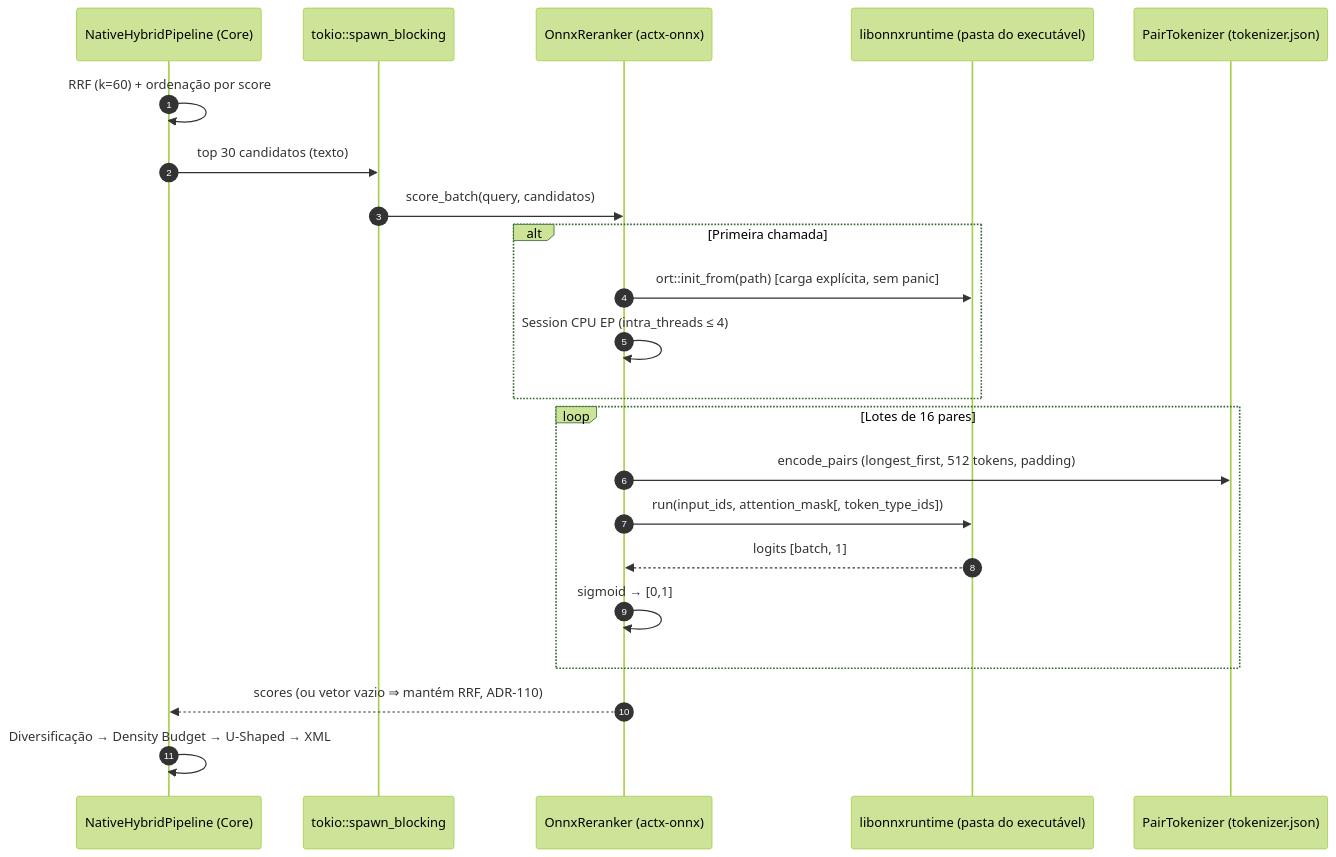
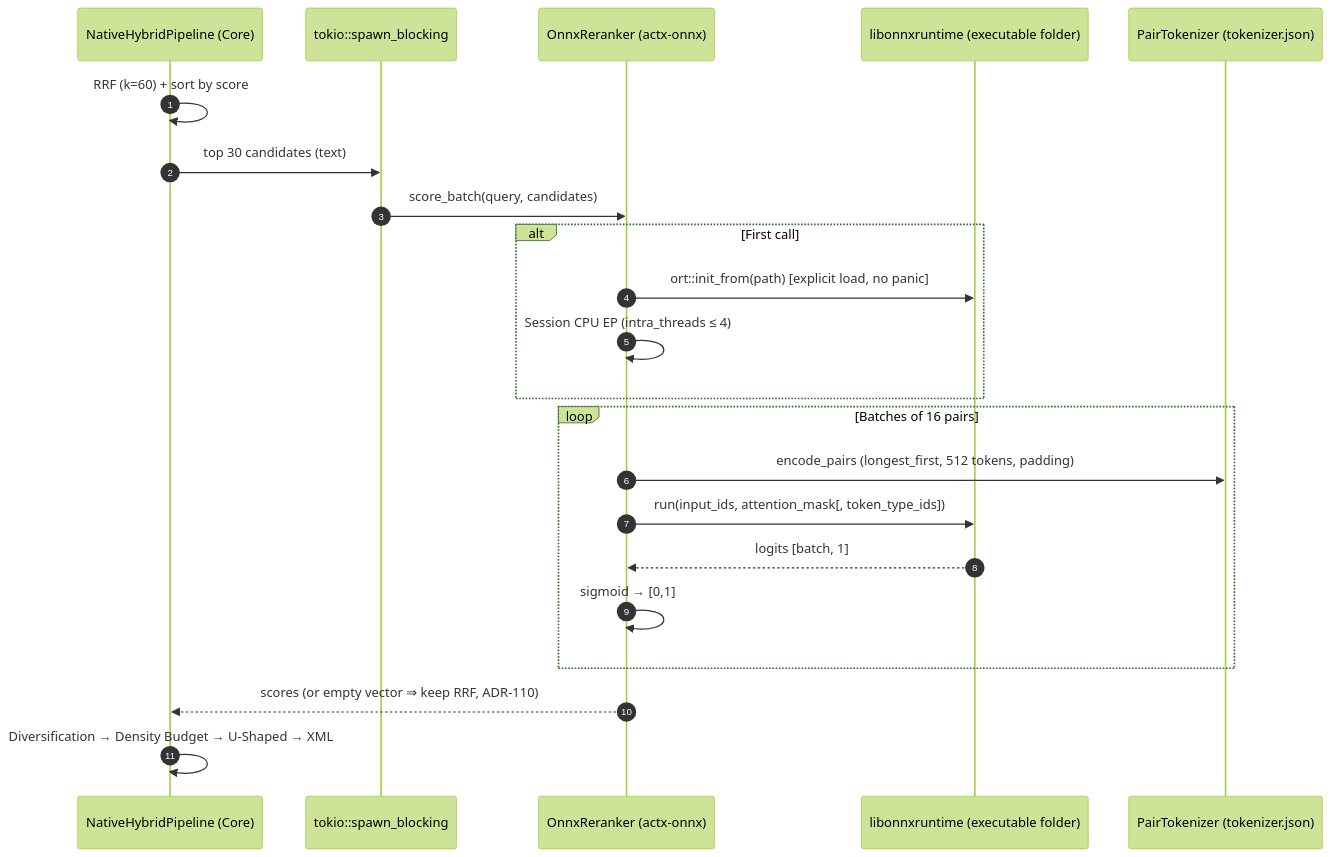
One commit to Levix-Digital/any-context changed the first of 2 diagrams in docs/adr/0130-real-onnx-runtime-multilingual-cross-encoder.md. Above: the diagram before and after it, drawn with Mermaid (forest theme). The commit also changed other lines of this file and 23 other files, not shown here.

````diff
--- a/docs/adr/0130-real-onnx-runtime-multilingual-cross-encoder.md
+++ b/docs/adr/0130-real-onnx-runtime-multilingual-cross-encoder.md
@@ -68,25 +48,25 @@
 ```mermaid
 sequenceDiagram
     autonumber
     participant P as NativeHybridPipeline (Core)
     participant B as tokio::spawn_blocking
     participant R as OnnxReranker (actx-onnx)
-    participant L as libonnxruntime (pasta do executável)
+    participant L as libonnxruntime (executable folder)
     participant T as PairTokenizer (tokenizer.json)
 
-    P->>P: RRF (k=60) + ordenação por score
-    P->>B: top 30 candidatos (texto)
-    B->>R: score_batch(query, candidatos)
-    alt Primeira chamada
-        R->>L: ort::init_from(path) [carga explícita, sem panic]
+    P->>P: RRF (k=60) + sort by score
+    P->>B: top 30 candidates (text)
+    B->>R: score_batch(query, candidates)
+    alt First call
+        R->>L: ort::init_from(path) [explicit load, no panic]
         R->>R: Session CPU EP (intra_threads ≤ 4)
     end
-    loop Lotes de 16 pares
+    loop Batches of 16 pairs
         R->>T: encode_pairs (longest_first, 512 tokens, padding)
         R->>L: run(input_ids, attention_mask[, token_type_ids])
         L-->>R: logits [batch, 1]
         R->>R: sigmoid → [0,1]
     end
-    R-->>P: scores (ou vetor vazio ⇒ mantém RRF, ADR-110)
-    P->>P: Diversificação → Density Budget → U-Shaped → XML
+    R-->>P: scores (or empty vector ⇒ keep RRF, ADR-110)
+    P->>P: Diversification → Density Budget → U-Shaped → XML
 ```
````
